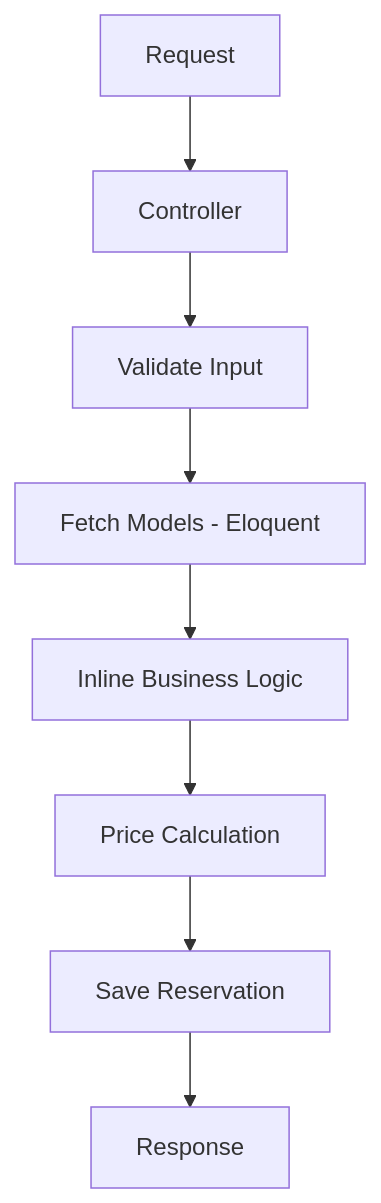
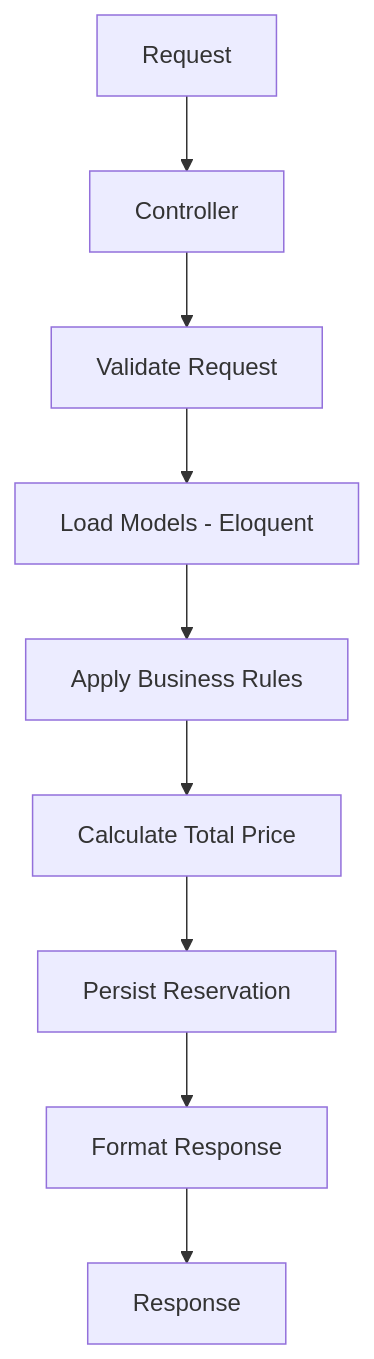
Before and after one commit to MMoza/reservations: the second of 5 diagrams in README.md, drawn with Mermaid. The commit also changed other lines of this file, not shown here.

Commit message:
fix: quit () in diagrams flowchart

````diff
--- a/README.md
+++ b/README.md
@@ -428,13 +428,14 @@
 ```mermaid
 flowchart TD
 
     A[Request] --> C[Controller]
 
-    C --> V[Validate Input]
-    V --> Q[Fetch Models - Eloquent]
-    Q --> L[Inline Business Logic]
-    L --> P[Price Calculation]
-    P --> S[Save Reservation]
+    C --> V[Validate Request]
+    V --> Q[Load Models  - Eloquent]
+    Q --> L[Apply Business Rules]
+    L --> P[Calculate Total Price]
+    P --> S[Persist Reservation]
+    S --> F[Format Response]
 
-    S --> R[Response]
+    F --> R[Response]
 ```
````
